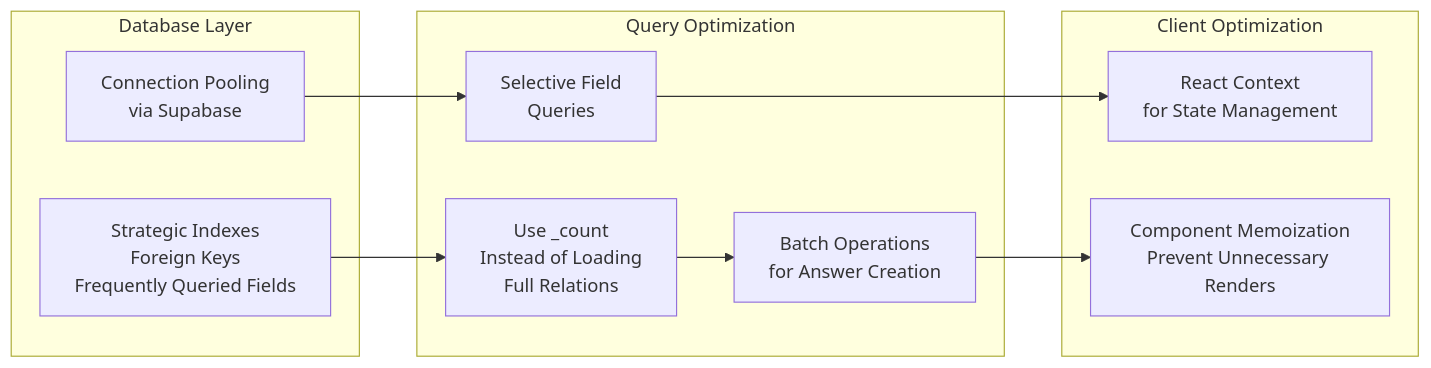
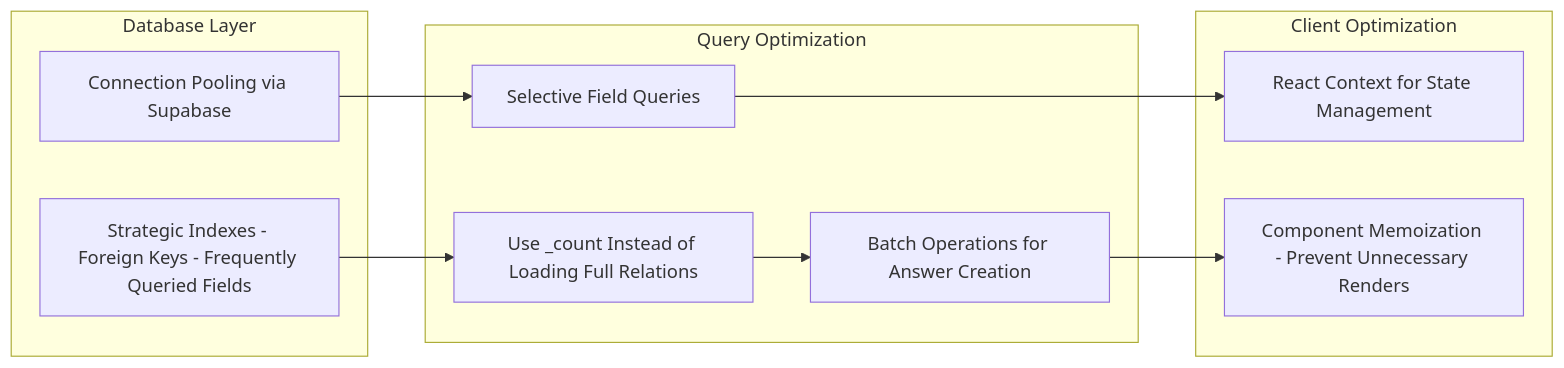
The seventh of 8 diagrams in docs/ARCHITECTURE_DIAGRAMS.md (Anas001989/quiz-companion), drawn with Mermaid before and after one commit. The commit also changed other lines of this file, not shown here.

Commit message:
fix- fixing the Mermaid parsing errors

````diff
--- a/docs/ARCHITECTURE_DIAGRAMS.md
+++ b/docs/ARCHITECTURE_DIAGRAMS.md
@@ -265,24 +265,24 @@
 ```mermaid
 graph LR
     subgraph "Database Layer"
-        IDX[Strategic Indexes<br/>Foreign Keys<br/>Frequently Queried Fields]
-        POOL[Connection Pooling<br/>via Supabase]
+        IDX["Strategic Indexes - Foreign Keys - Frequently Queried Fields"]
+        POOL["Connection Pooling via Supabase"]
     end
     
     subgraph "Query Optimization"
-        COUNT[Use _count<br/>Instead of Loading<br/>Full Relations]
-        SELECT[Selective Field<br/>Queries]
-        BATCH[Batch Operations<br/>for Answer Creation]
+        COUNT["Use _count Instead of Loading Full Relations"]
+        SELECT["Selective Field Queries"]
+        BATCH["Batch Operations for Answer Creation"]
     end
     
     subgraph "Client Optimization"
-        CTX[React Context<br/>for State Management]
-        MEMO[Component Memoization<br/>Prevent Unnecessary Renders]
+        CTX["React Context for State Management"]
+        MEMO["Component Memoization - Prevent Unnecessary Renders"]
     end
     
     IDX --> COUNT
     POOL --> SELECT
     COUNT --> BATCH
     SELECT --> CTX
     BATCH --> MEMO
 ```
````
